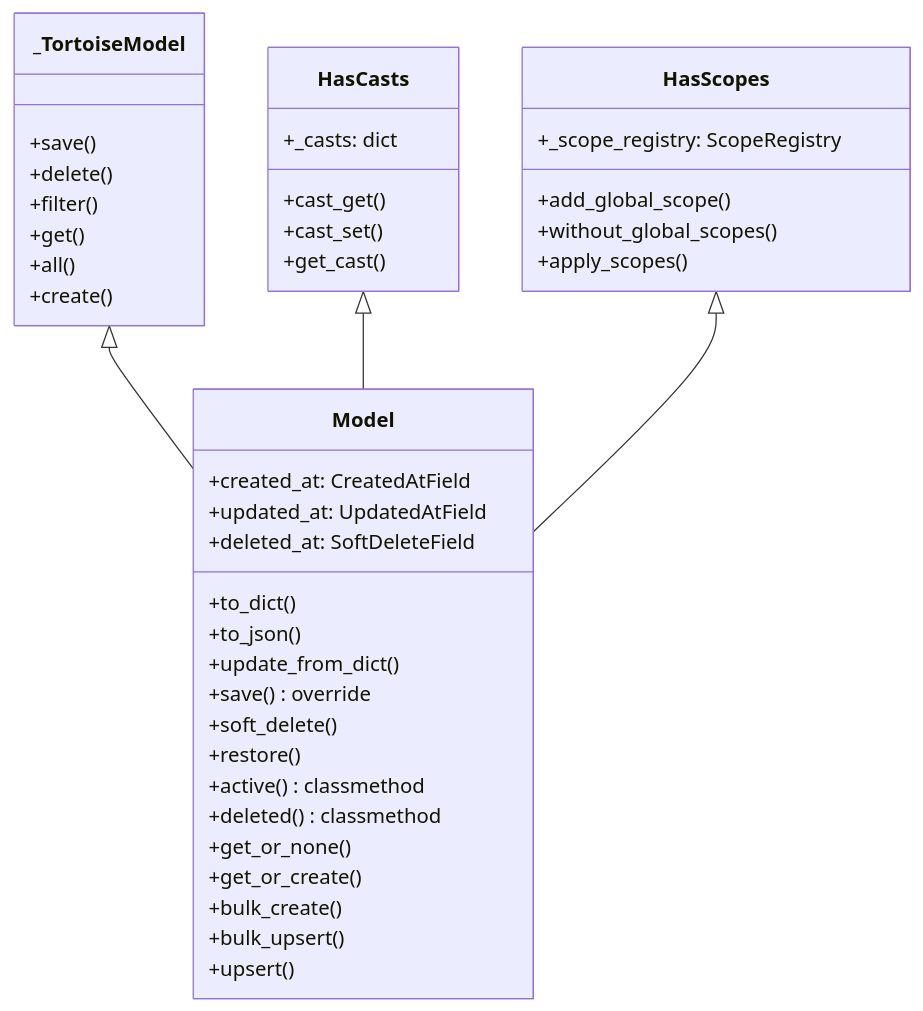
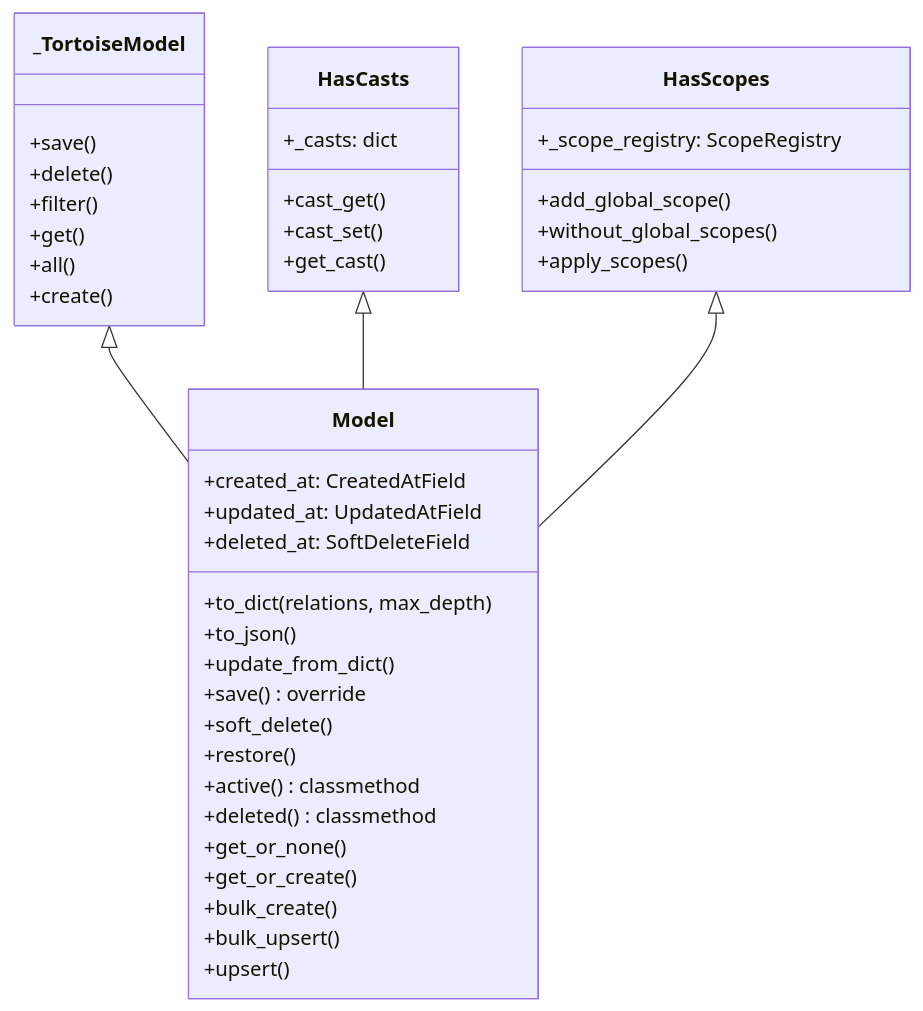
The first of 3 diagrams in docs/docs/src/content/docs/v1.0/advanced/record-models.md (sillohq/core), drawn with Mermaid before and after one commit. The commit also changed other lines of this file, not shown here.

First line of the commit message:
docs(record): document to_dict's columns-only default and relations=

````diff
--- a/docs/docs/src/content/docs/v1.0/advanced/record-models.md
+++ b/docs/docs/src/content/docs/v1.0/advanced/record-models.md
@@ -30,44 +30,44 @@
 ```mermaid
 classDiagram
     class _TortoiseModel {
         +save()
         +delete()
         +filter()
         +get()
         +all()
         +create()
     }
     class HasCasts {
         +_casts: dict
         +cast_get()
         +cast_set()
         +get_cast()
     }
     class HasScopes {
         +_scope_registry: ScopeRegistry
         +add_global_scope()
         +without_global_scopes()
         +apply_scopes()
     }
     class Model {
         +created_at: CreatedAtField
         +updated_at: UpdatedAtField
         +deleted_at: SoftDeleteField
-        +to_dict()
+        +to_dict(relations, max_depth)
         +to_json()
         +update_from_dict()
         +save() override
         +soft_delete()
         +restore()
         +active() classmethod
         +deleted() classmethod
         +get_or_none()
         +get_or_create()
         +bulk_create()
         +bulk_upsert()
         +upsert()
     }
     _TortoiseModel <|-- Model
     HasCasts <|-- Model
     HasScopes <|-- Model
 ```
````
